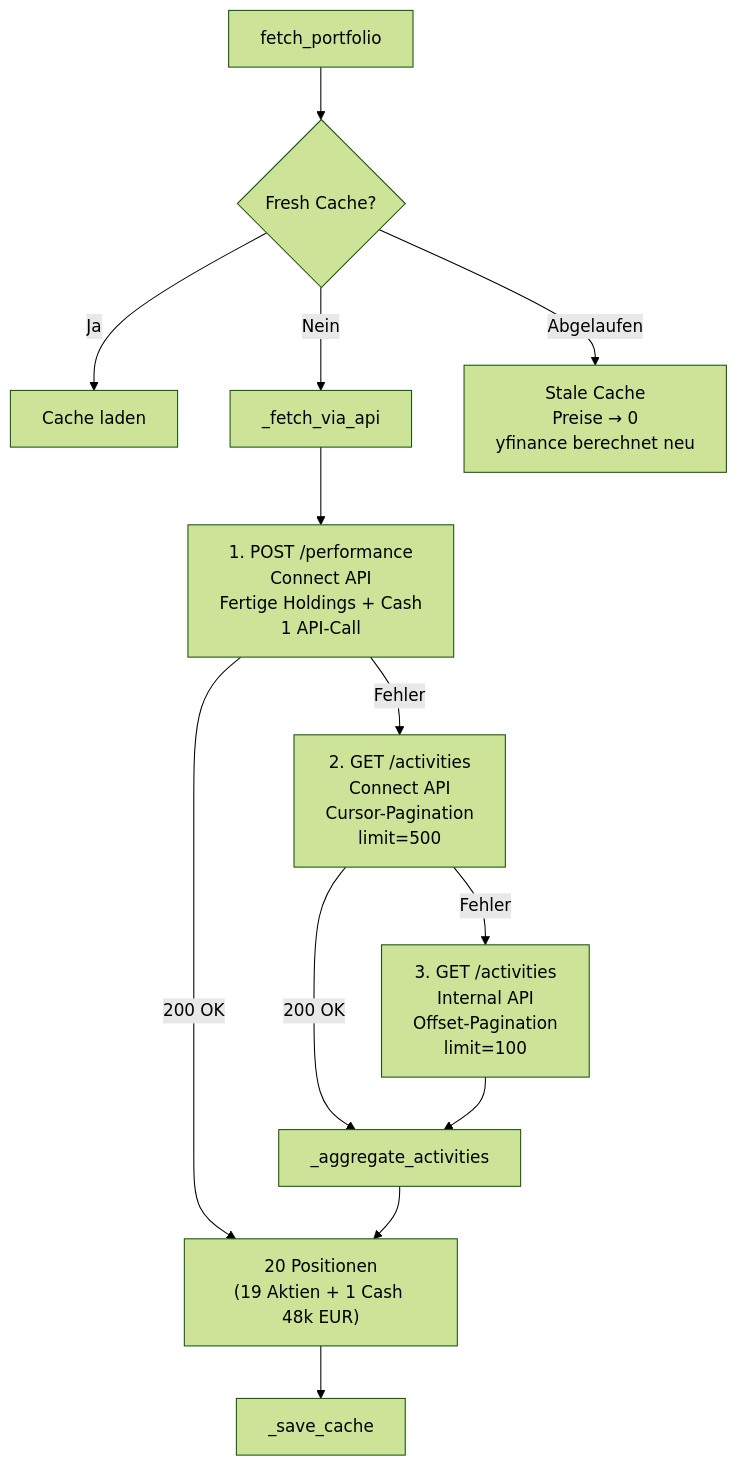
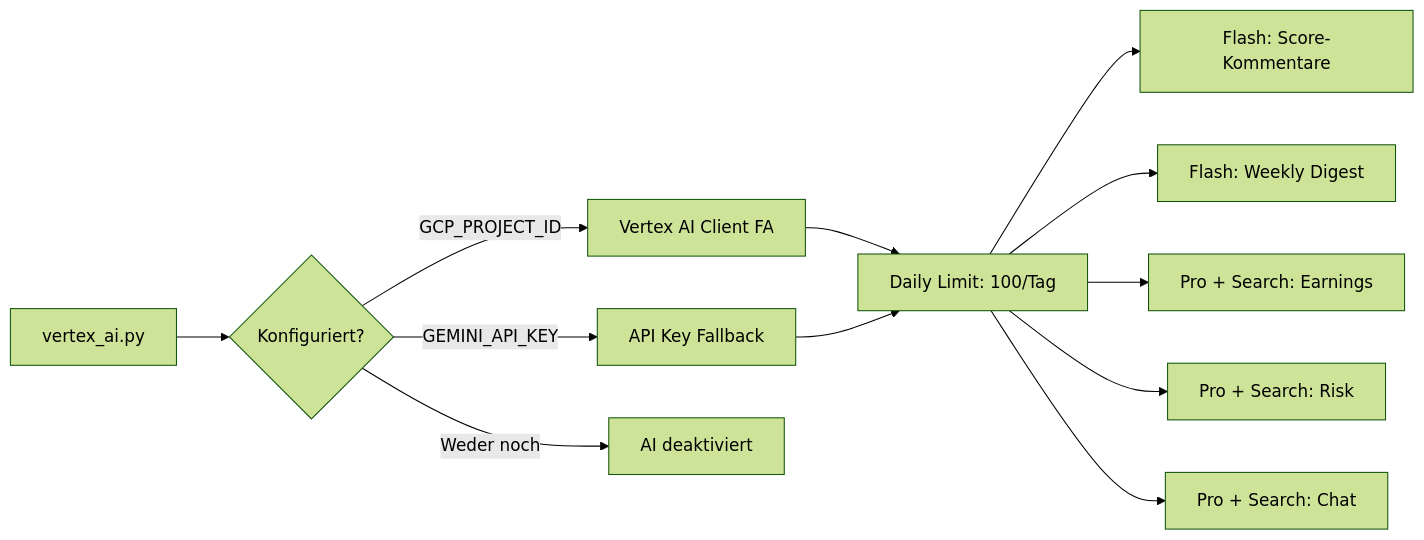
The second of 2 diagrams in docs/architecture.md (jonasarmbrust/FinanceBro), drawn with Mermaid (forest theme) before and after one commit. The commit also changed other lines of this file and 1 other file, not shown here.

Commit message:
docs: update README and architecture for all new features

````diff
--- a/docs/architecture.md
+++ b/docs/architecture.md
@@ -91,15 +107,15 @@
 ```mermaid
-graph TD
-    A[fetch_portfolio] --> B{Fresh Cache?}
-    B -->|Ja| C[Cache laden]
-    B -->|Nein| D[_fetch_via_api]
-    D --> E["1. POST /performance<br>Connect API<br>Fertige Holdings + Cash<br>1 API-Call"]
-    E -->|200 OK| F["20 Positionen<br>(19 Aktien + 1 Cash 48k EUR)"]
-    E -->|Fehler| G["2. GET /activities<br>Connect API<br>Cursor-Pagination<br>limit=500"]
-    G -->|200 OK| H[_aggregate_activities]
-    G -->|Fehler| I["3. GET /activities<br>Internal API<br>Offset-Pagination<br>limit=100"]
-    I --> H
-    H --> F
-    F --> J[_save_cache]
-    B -->|Abgelaufen| K["Stale Cache<br>Preise → 0<br>yfinance berechnet neu"]
+graph LR
+    A[vertex_ai.py] --> B{Konfiguriert?}
+    B -->|GCP_PROJECT_ID| C[Vertex AI Client FA]
+    B -->|GEMINI_API_KEY| D[API Key Fallback]
+    B -->|Weder noch| E[AI deaktiviert]
+    
+    C --> F[Daily Limit: 100/Tag]
+    D --> F
+    F --> G[Flash: Score-Kommentare]
+    F --> H[Flash: Weekly Digest]
+    F --> I[Pro + Search: Earnings]
+    F --> J[Pro + Search: Risk]
+    F --> K[Pro + Search: Chat]
 ```
````
